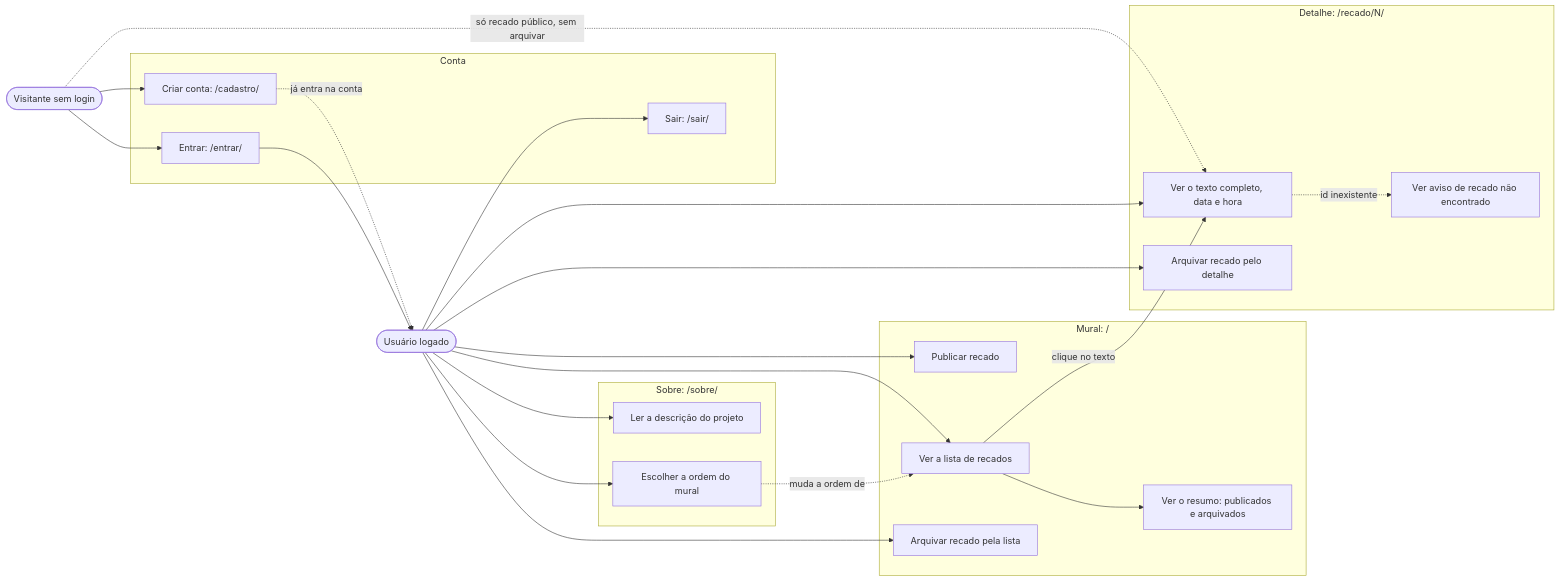
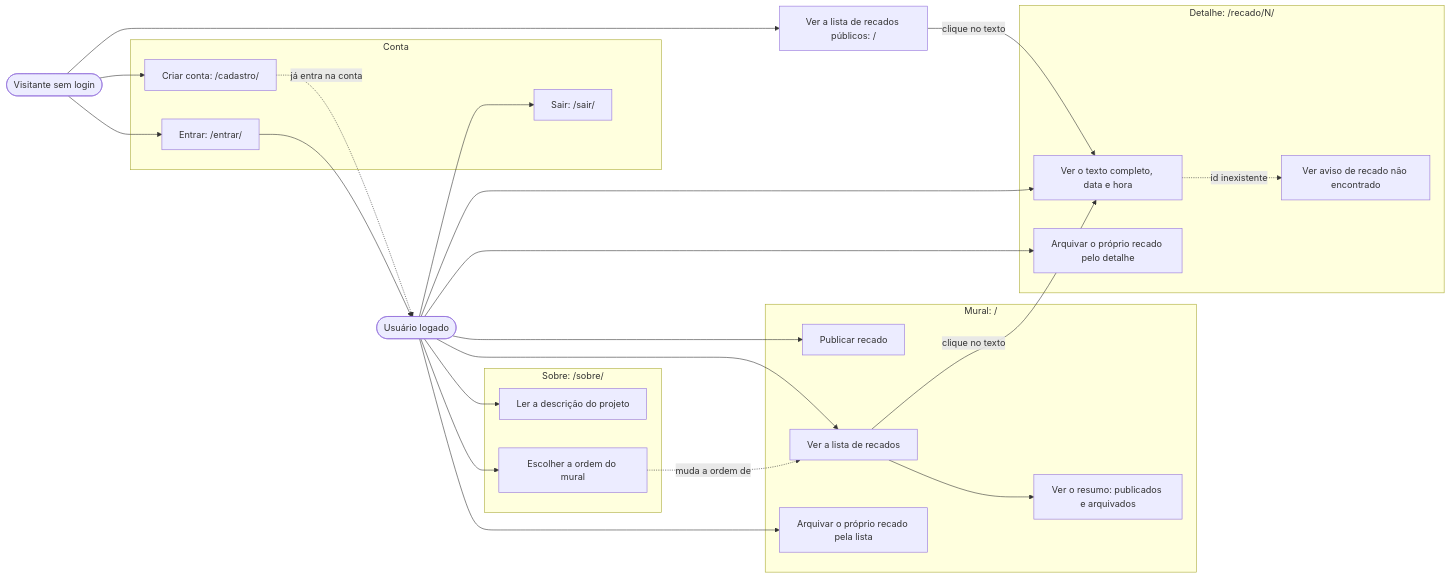
The first of 11 diagrams in docs/funcionamento.md (jacksongomesbr/uft-cc-dwm-mini-mural-django), drawn with Mermaid before and after one commit. The commit also changed other lines of this file and 7 other files, not shown here.

First line of the commit message:
docs: etapa 4, autoria e recados públicos

````diff
--- a/docs/funcionamento.md
+++ b/docs/funcionamento.md
@@ -35,47 +36,48 @@
 ```mermaid
 flowchart LR
     V(["Visitante sem login"])
     U(["Usuário logado"])
 
     subgraph conta ["Conta"]
         C1["Criar conta: /cadastro/"]
         C2["Entrar: /entrar/"]
         C3["Sair: /sair/"]
     end
 
     subgraph mural ["Mural: /"]
         F1["Publicar recado"]
         F2["Ver a lista de recados"]
         F3["Ver o resumo: publicados e arquivados"]
-        F4["Arquivar recado pela lista"]
+        F4["Arquivar o próprio recado pela lista"]
     end
 
     subgraph detalhe ["Detalhe: /recado/N/"]
         F5["Ver o texto completo, data e hora"]
-        F6["Arquivar recado pelo detalhe"]
+        F6["Arquivar o próprio recado pelo detalhe"]
         F7["Ver aviso de recado não encontrado"]
     end
 
     subgraph sobre ["Sobre: /sobre/"]
         F8["Ler a descrição do projeto"]
         F9["Escolher a ordem do mural"]
     end
 
     V --> C1
     V --> C2
-    V -. "só recado público, sem arquivar" .-> F5
+    V --> P1["Ver a lista de recados públicos: /"]
+    P1 -- "clique no texto" --> F5
     C1 -. "já entra na conta" .-> U
     C2 --> U
     U --> C3
     U --> F1
     U --> F2
     U --> F4
     U --> F5
     U --> F6
     U --> F9
     F2 --> F3
     F2 -- "clique no texto" --> F5
     F5 -. "id inexistente" .-> F7
     F9 -. "muda a ordem de" .-> F2
     U --> F8
 ```
````
